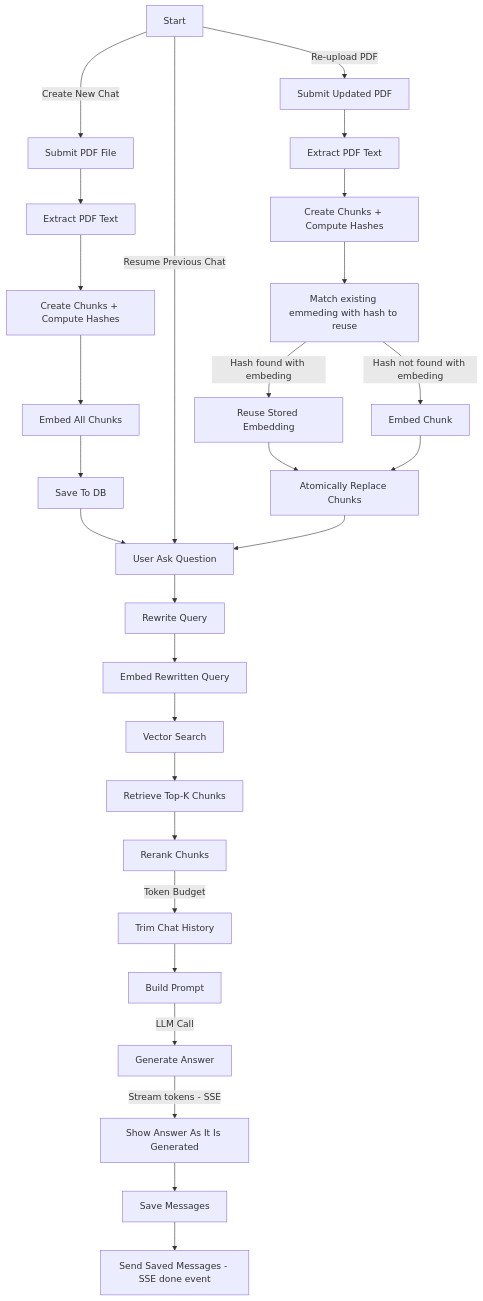
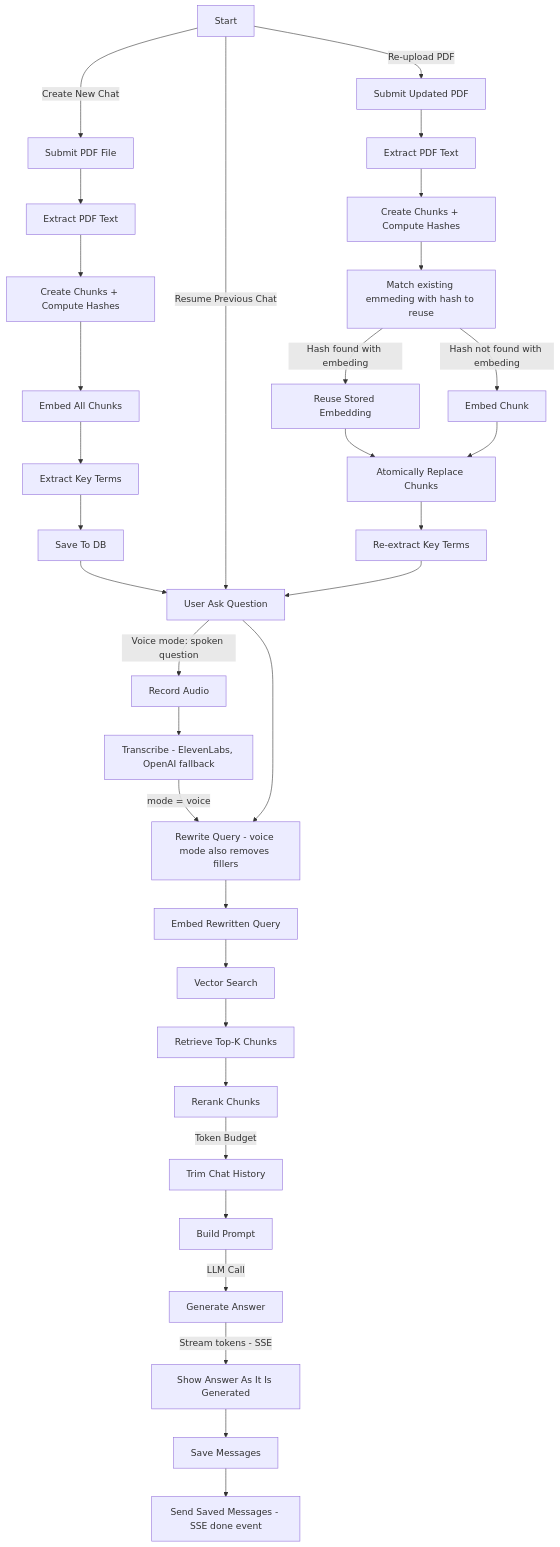
One commit to jishnusaha/ask-my-pdf changed the diagram in README.md. Above: the diagram before and after it, drawn with Mermaid. The commit also changed other lines of this file and 2 other files, not shown here.

Commit message:
Update README and CLAUDE.md for the voice-mode backend

````diff
--- a/README.md
+++ b/README.md
@@ -311,33 +355,39 @@
 ```mermaid
 flowchart TD
 Start --> |Create New Chat| B[Submit PDF File]
 B --> C[Extract PDF Text]
 C --> D[Create Chunks + Compute Hashes]
 D --> E[Embed All Chunks]
-E --> F[Save To DB]
+E --> KT[Extract Key Terms]
+KT --> F[Save To DB]
 F --> A1[User Ask Question]
 
 Start --> |Resume Previous Chat| A1
 
 Start --> |Re-upload PDF| R1[Submit Updated PDF]
 R1 --> R26[Extract PDF Text]
 R26 --> R2[Create Chunks + Compute Hashes]
 R2 --> R3[Match existing emmeding with hash to reuse]
 R3 --> |Hash found with embeding| R4[Reuse Stored Embedding]
 R3 --> |Hash not found with embeding| R5[Embed Chunk]
 R4 & R5 --> R6[Atomically Replace Chunks]
-R6 --> A1
+R6 --> R7[Re-extract Key Terms]
+R7 --> A1
 
-A1 --> B1[Rewrite Query]
+A1 --> |Voice mode: spoken question| V1[Record Audio]
+V1 --> V2[Transcribe - ElevenLabs, OpenAI fallback]
+V2 --> |mode = voice| B1
+
+A1 --> B1[Rewrite Query - voice mode also removes fillers]
 B1 --> C1[Embed Rewritten Query]
 C1 --> D1[Vector Search]
 D1 --> E1[Retrieve Top-K Chunks]
 E1 --> F1[Rerank Chunks]
 F1 --> |Token Budget| G1[Trim Chat History]
 G1 --> H1[Build Prompt]
 H1 --> |LLM Call|I1[Generate Answer]
 I1 --> |Stream tokens - SSE| S1[Show Answer As It Is Generated]
 S1 --> J1[Save Messages]
 J1 --> K1[Send Saved Messages - SSE done event]
 
 ```
````
